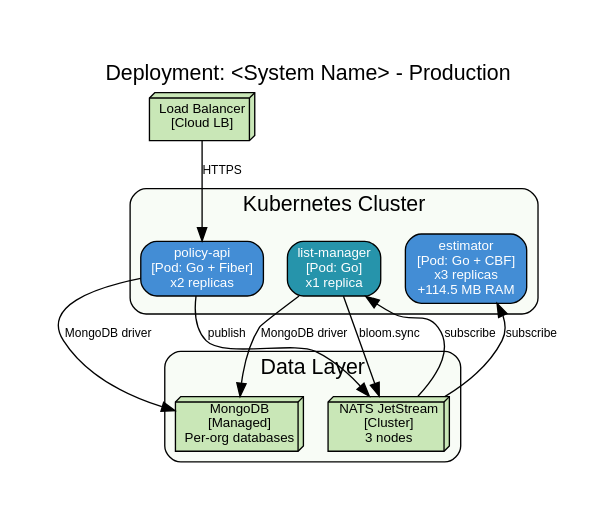
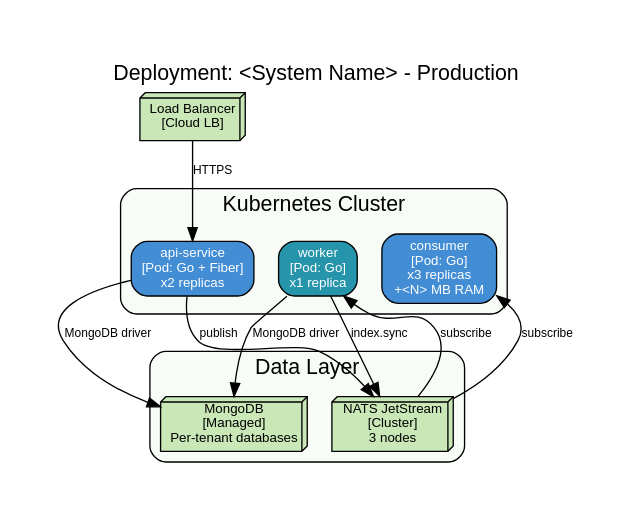
One commit to FrogoAI/arcdlc changed the fifth of 5 diagrams in skills/source-map/source/C4.md. Above: the diagram before and after it, drawn with Graphviz. The commit also changed other lines of this file and 2 other files, not shown here.

````diff
--- a/skills/source-map/source/C4.md
+++ b/skills/source-map/source/C4.md
@@ -364,41 +335,41 @@
 ```dot
 digraph C4_Deployment {
     graph [
         label="Deployment: <System Name> - Production"
         labelloc=t fontsize=16 fontname="Arial"
         rankdir=TB pad=0.5
     ]
     node [fontname="Arial" fontsize=10]
     edge [fontname="Arial" fontsize=9]
 
     subgraph cluster_k8s {
         label="Kubernetes Cluster" style="filled,rounded" fillcolor="#C9E7B720"
         node [shape=box style="filled,rounded"]
 
-        api_pod [label="policy-api\n[Pod: Go + Fiber]\nx2 replicas"
+        api_pod [label="api-service\n[Pod: Go + Fiber]\nx2 replicas"
                  fillcolor="#438DD5" fontcolor=white]
-        mgr_pod [label="list-manager\n[Pod: Go]\nx1 replica"
-                 fillcolor="#2694AB" fontcolor=white]
-        est_pod [label="estimator\n[Pod: Go + CBF]\nx3 replicas\n+114.5 MB RAM"
-                 fillcolor="#438DD5" fontcolor=white]
+        worker_pod [label="worker\n[Pod: Go]\nx1 replica"
+                    fillcolor="#2694AB" fontcolor=white]
+        consumer_pod [label="consumer\n[Pod: Go]\nx3 replicas\n+<N> MB RAM"
+                      fillcolor="#438DD5" fontcolor=white]
     }
 
     subgraph cluster_data {
         label="Data Layer" style="filled,rounded" fillcolor="#C9E7B720"
         node [shape=box3d style=filled fillcolor="#C9E7B7"]
 
-        mongo [label="MongoDB\n[Managed]\nPer-org databases"]
+        mongo [label="MongoDB\n[Managed]\nPer-tenant databases"]
         nats [label="NATS JetStream\n[Cluster]\n3 nodes"]
     }
 
     lb [label="Load Balancer\n[Cloud LB]" shape=box3d style=filled fillcolor="#C9E7B7"]
 
     lb -> api_pod [label="HTTPS"]
     api_pod -> mongo [label="MongoDB driver"]
     api_pod -> nats [label="publish"]
-    nats -> mgr_pod [label="subscribe"]
-    mgr_pod -> mongo [label="MongoDB driver"]
-    mgr_pod -> nats [label="bloom.sync"]
-    nats -> est_pod [label="subscribe"]
+    nats -> worker_pod [label="subscribe"]
+    worker_pod -> mongo [label="MongoDB driver"]
+    worker_pod -> nats [label="index.sync"]
+    nats -> consumer_pod [label="subscribe"]
 }
 ```
````
